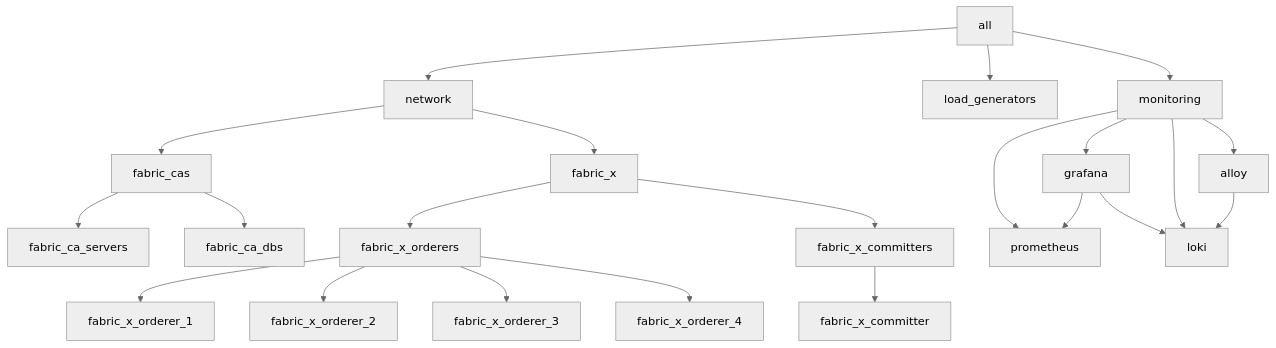
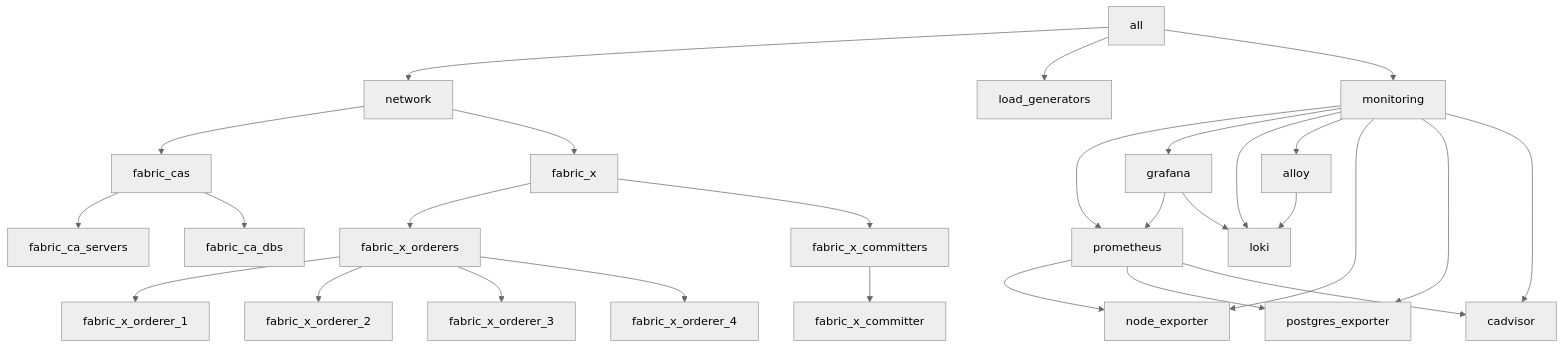
Before and after one commit to LF-Decentralized-Trust-labs/fabric-x-ansible-collection: the diagram in examples/inventory/docs/local/fabric-x-bin.md, drawn with Mermaid (neutral theme). The commit also changed other lines of this file and 77 other files, not shown here.

````diff
--- a/examples/inventory/docs/local/fabric-x-bin.md
+++ b/examples/inventory/docs/local/fabric-x-bin.md
@@ -43,24 +43,30 @@
 ```mermaid
 flowchart TD
   all --> network
   network --> fabric_cas
   network --> fabric_x
   all --> load_generators
   all --> monitoring
   monitoring --> prometheus
   monitoring --> grafana
   monitoring --> loki
   monitoring --> alloy
+  monitoring --> node_exporter
+  monitoring --> postgres_exporter
+  monitoring --> cadvisor
   grafana --> prometheus
   grafana --> loki
   alloy --> loki
+  prometheus --> node_exporter
+  prometheus --> postgres_exporter
+  prometheus --> cadvisor
   fabric_cas --> fabric_ca_servers
   fabric_cas --> fabric_ca_dbs
   fabric_x --> fabric_x_orderers
   fabric_x --> fabric_x_committers
   fabric_x_committers --> fabric_x_committer
   fabric_x_orderers --> fabric_x_orderer_1
   fabric_x_orderers --> fabric_x_orderer_2
   fabric_x_orderers --> fabric_x_orderer_3
   fabric_x_orderers --> fabric_x_orderer_4
 ```
````
